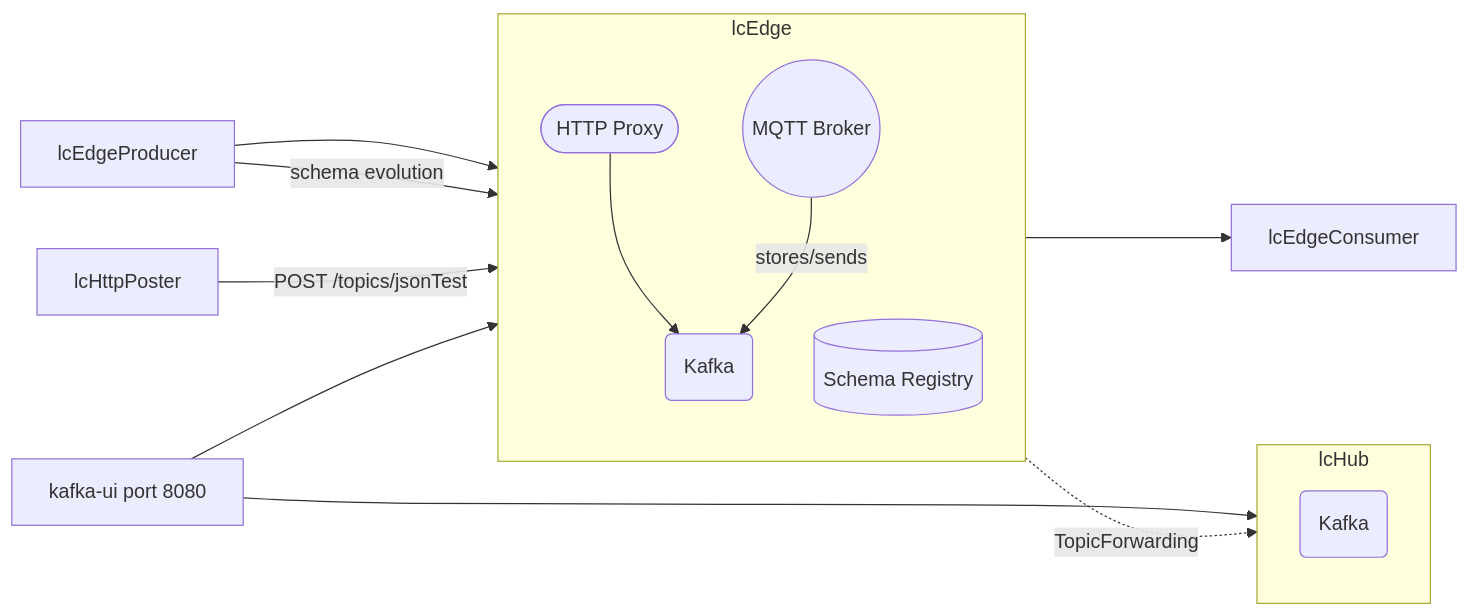
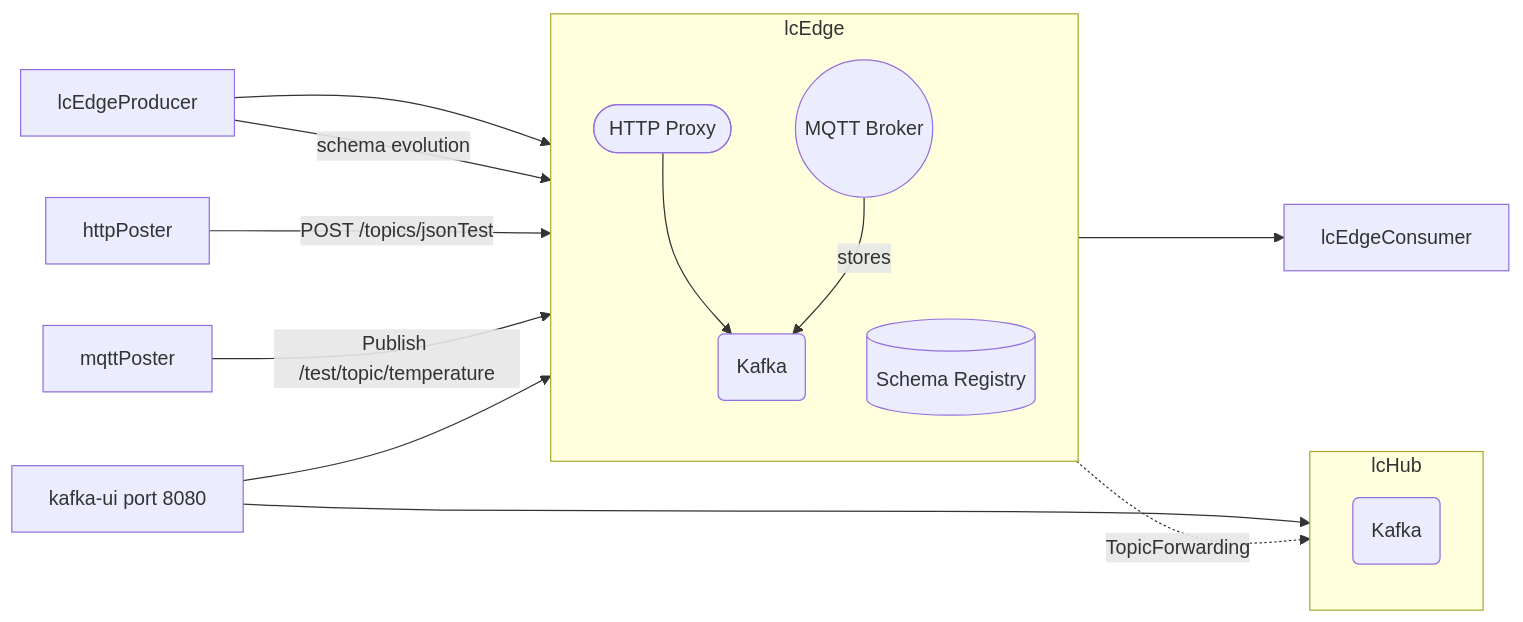
The diagram in README.md (Leafcuttr/lc-demo), drawn with Mermaid before and after one commit. The commit also changed other lines of this file and 3 other files, not shown here.

Commit message:
mqtt poster

````diff
--- a/README.md
+++ b/README.md
@@ -35,33 +39,35 @@
 ```mermaid
 flowchart LR
   lcEdgeProducer --> EdgeKafka
   lcEdgeProducer -->|schema evolution| SchemaRegistry
   EdgeKafka --> lcEdgeConsumer
-  lcHttpPoster -->|POST /topics/jsonTest| EdgeProxy
+  httpPoster -->|POST /topics/jsonTest| EdgeProxy
+  mqttPoster -->|Publish /test/topic/temperature| EdgeMQTTBroker
   EdgeKafka -. TopicForwarding .-> HubKafka
   kafkaUI --> EdgeCluster
   kafkaUI --> HubCluster
 
   subgraph EdgeCluster[lcEdge]
     direction TB
     EdgeKafka(Kafka)
-    EdgeBroker((MQTT Broker))
+    EdgeMQTTBroker((MQTT Broker))
     EdgeProxy([HTTP Proxy])
     SchemaRegistry[(Schema Registry)]
     EdgeProxy --> EdgeKafka
-    EdgeBroker -->|stores/sends| EdgeKafka
+    EdgeMQTTBroker -->|stores| EdgeKafka
   end
   subgraph HubCluster[lcHub]
     direction TB
     HubKafka(Kafka)
   end
 
   kafkaUI[kafka-ui port 8080]
   lcEdgeProducer[lcEdgeProducer]
   lcEdgeConsumer[lcEdgeConsumer]
-  lcHttpPoster[lcHttpPoster]
+  httpPoster[httpPoster]
+  mqttPoster[mqttPoster]
 
   %% Notes
   %% classDef infra stroke:#339,stroke-width:1px;
-  %% class EdgeBroker,HubBroker,SchemaRegistry infra
+  %% class EdgeMQTTBroker,HubBroker,SchemaRegistry infra
 ```
````
